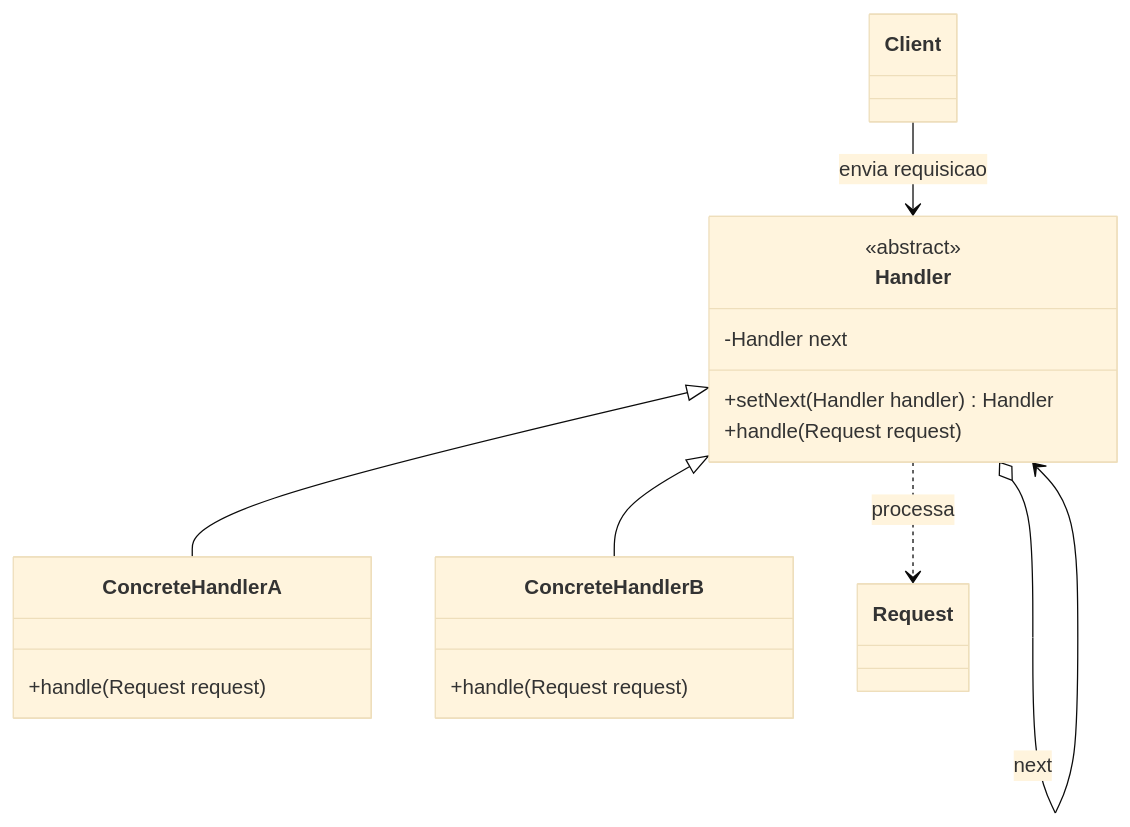
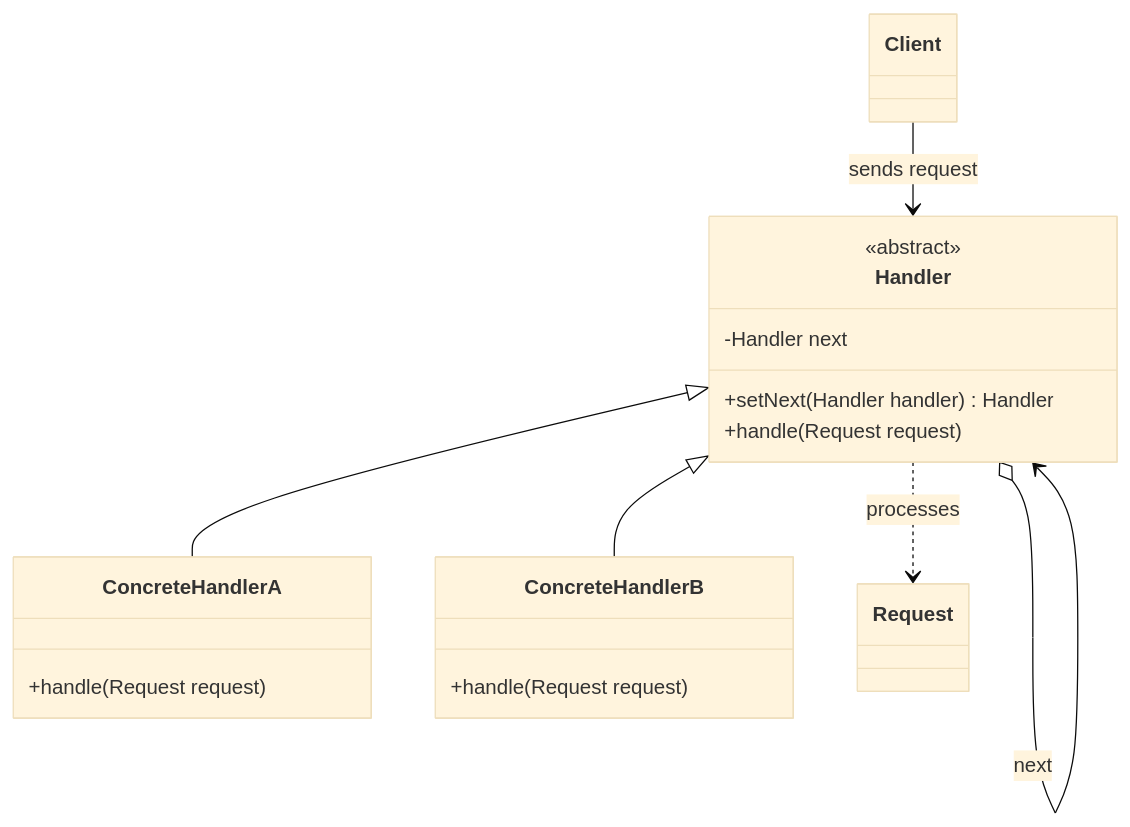
One commit to alancesar/design-patterns changed the diagram in docs/coding/gof/behavioral/chain-of-responsibility.md. Above: the diagram before and after it, drawn with Mermaid (base theme). The commit also changed 258 other files, not shown here.

First line of the commit message:
Translate Mermaid diagrams to English

````diff
--- a/docs/coding/gof/behavioral/chain-of-responsibility.md
+++ b/docs/coding/gof/behavioral/chain-of-responsibility.md
@@ -60,22 +60,22 @@
 ```mermaid
 classDiagram
     class Client
     class Handler {
         <<abstract>>
         -Handler next
         +setNext(Handler handler) Handler
         +handle(Request request)
     }
     class ConcreteHandlerA {
         +handle(Request request)
     }
     class ConcreteHandlerB {
         +handle(Request request)
     }
     class Request
-    Client --> Handler : envia requisicao
+    Client --> Handler : sends request
     Handler o--> Handler : next
     Handler <|-- ConcreteHandlerA
     Handler <|-- ConcreteHandlerB
-    Handler ..> Request : processa
+    Handler ..> Request : processes
 ```
````
